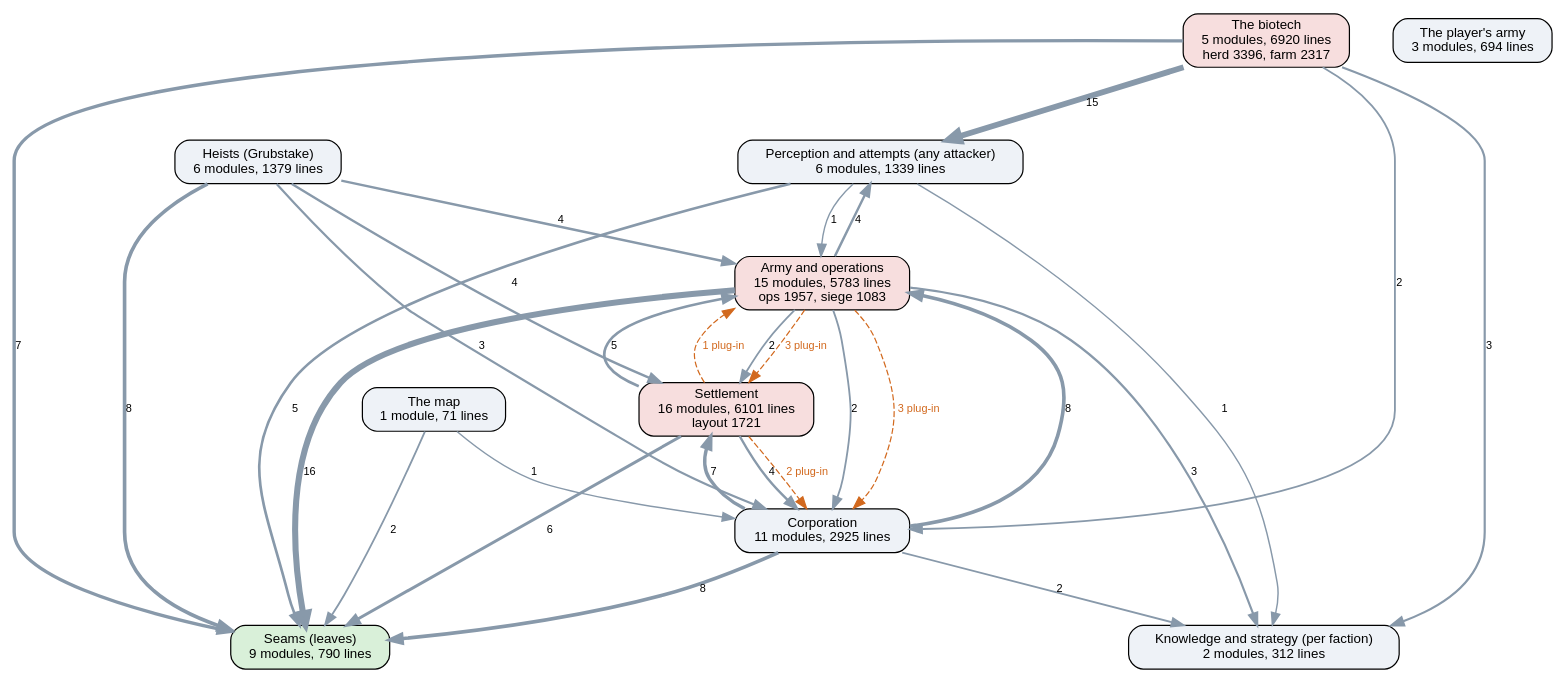
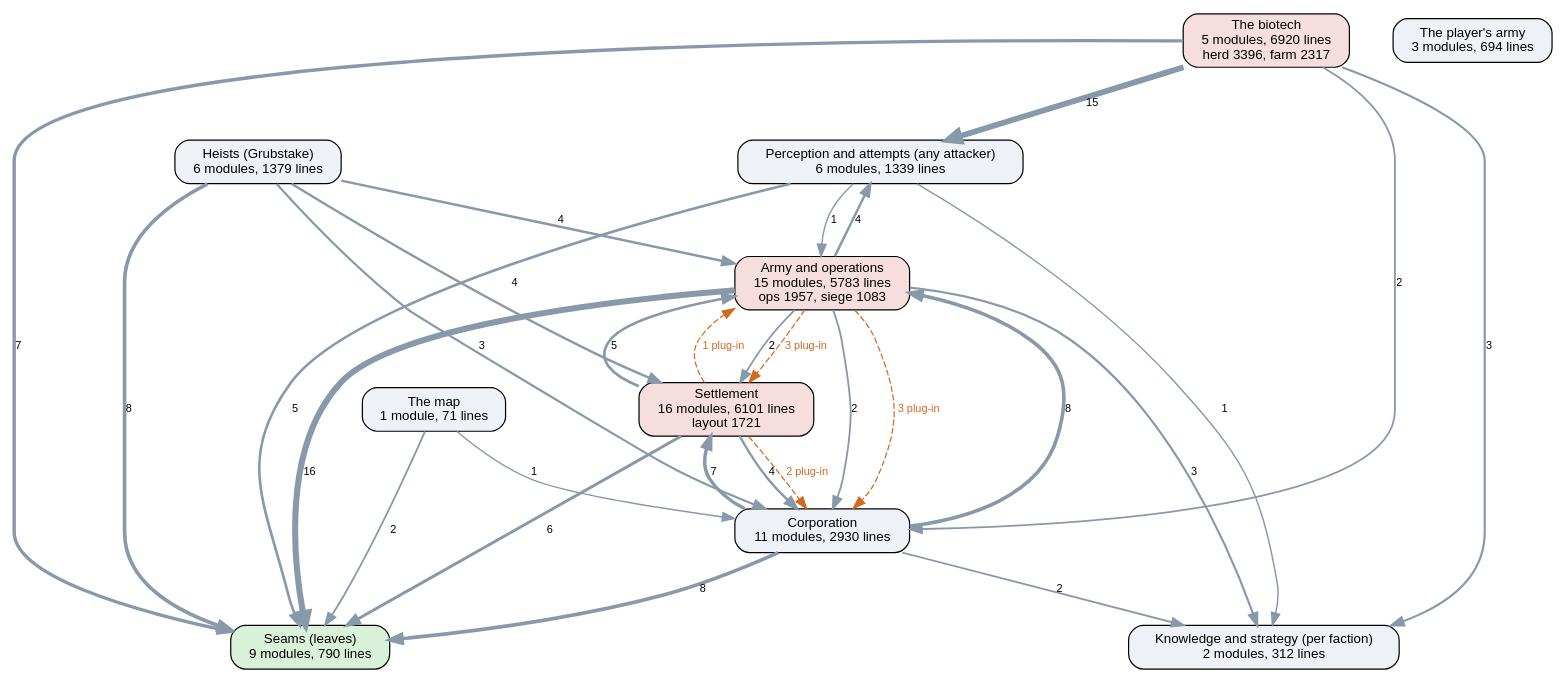
The diagram in docs/ai-layers.dot (kinelhu/landing-party), drawn with Graphviz before and after one commit. The commit also changed 9 other files, not shown here.

```diff
--- a/docs/ai-layers.dot
+++ b/docs/ai-layers.dot
@@ -1,44 +1,44 @@
 digraph layers {
   graph [rankdir=TB, fontname="Helvetica", nodesep=0.5, ranksep=0.7];
   node [shape=box, style="rounded,filled", fontname="Helvetica", fontsize=11, fillcolor="#eef2f7"];
   edge [color="#8899aa", fontname="Helvetica", fontsize=9];
   "Seams (leaves)" [label="Seams (leaves)\n9 modules, 790 lines", fillcolor="#d9f0d9"];
   "Perception and attempts (any attacker)" [label="Perception and attempts (any attacker)\n6 modules, 1339 lines", fillcolor="#eef2f7"];
   "Knowledge and strategy (per faction)" [label="Knowledge and strategy (per faction)\n2 modules, 312 lines", fillcolor="#eef2f7"];
-  "Corporation" [label="Corporation\n11 modules, 2925 lines", fillcolor="#eef2f7"];
+  "Corporation" [label="Corporation\n11 modules, 2930 lines", fillcolor="#eef2f7"];
   "Settlement" [label="Settlement\n16 modules, 6101 lines\nlayout 1721", fillcolor="#f7dede"];
   "Army and operations" [label="Army and operations\n15 modules, 5783 lines\nops 1957, siege 1083", fillcolor="#f7dede"];
   "Heists (Grubstake)" [label="Heists (Grubstake)\n6 modules, 1379 lines", fillcolor="#eef2f7"];
   "The biotech" [label="The biotech\n5 modules, 6920 lines\nherd 3396, farm 2317", fillcolor="#f7dede"];
   "The map" [label="The map\n1 module, 71 lines", fillcolor="#eef2f7"];
   "The player's army" [label="The player's army\n3 modules, 694 lines", fillcolor="#eef2f7"];
   "Army and operations" -> "Corporation" [label="2", penwidth=1.5];
   "Army and operations" -> "Knowledge and strategy (per faction)" [label="3", penwidth=1.8];
   "Army and operations" -> "Perception and attempts (any attacker)" [label="4", penwidth=2.0];
   "Army and operations" -> "Seams (leaves)" [label="16", penwidth=5.0];
   "Army and operations" -> "Settlement" [label="2", penwidth=1.5];
   "Corporation" -> "Army and operations" [label="8", penwidth=3.0];
   "Corporation" -> "Knowledge and strategy (per faction)" [label="2", penwidth=1.5];
   "Corporation" -> "Seams (leaves)" [label="8", penwidth=3.0];
   "Corporation" -> "Settlement" [label="7", penwidth=2.8];
   "Heists (Grubstake)" -> "Army and operations" [label="4", penwidth=2.0];
   "Heists (Grubstake)" -> "Corporation" [label="3", penwidth=1.8];
   "Heists (Grubstake)" -> "Seams (leaves)" [label="8", penwidth=3.0];
   "Heists (Grubstake)" -> "Settlement" [label="4", penwidth=2.0];
   "Perception and attempts (any attacker)" -> "Army and operations" [label="1", penwidth=1.2];
   "Perception and attempts (any attacker)" -> "Knowledge and strategy (per faction)" [label="1", penwidth=1.2];
   "Perception and attempts (any attacker)" -> "Seams (leaves)" [label="5", penwidth=2.2];
   "Settlement" -> "Army and operations" [label="5", penwidth=2.2];
   "Settlement" -> "Corporation" [label="4", penwidth=2.0];
   "Settlement" -> "Seams (leaves)" [label="6", penwidth=2.5];
   "The biotech" -> "Corporation" [label="2", penwidth=1.5];
   "The biotech" -> "Knowledge and strategy (per faction)" [label="3", penwidth=1.8];
   "The biotech" -> "Perception and attempts (any attacker)" [label="15", penwidth=4.8];
   "The biotech" -> "Seams (leaves)" [label="7", penwidth=2.8];
   "The map" -> "Corporation" [label="1", penwidth=1.2];
   "The map" -> "Seams (leaves)" [label="2", penwidth=1.5];
   "Army and operations" -> "Corporation" [style=dashed, color="#d2691e", fontcolor="#d2691e", label="3 plug-in"];
   "Army and operations" -> "Settlement" [style=dashed, color="#d2691e", fontcolor="#d2691e", label="3 plug-in"];
   "Settlement" -> "Army and operations" [style=dashed, color="#d2691e", fontcolor="#d2691e", label="1 plug-in"];
   "Settlement" -> "Corporation" [style=dashed, color="#d2691e", fontcolor="#d2691e", label="2 plug-in"];
 }
```
